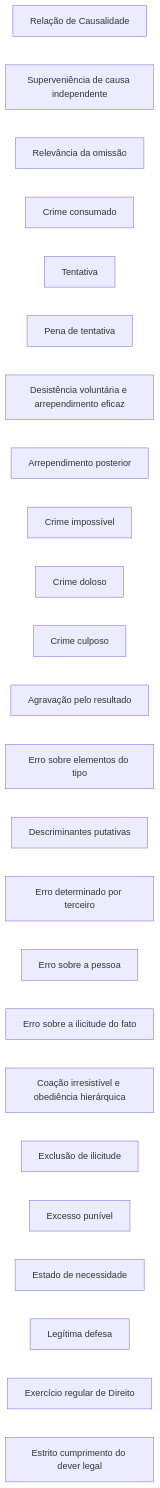
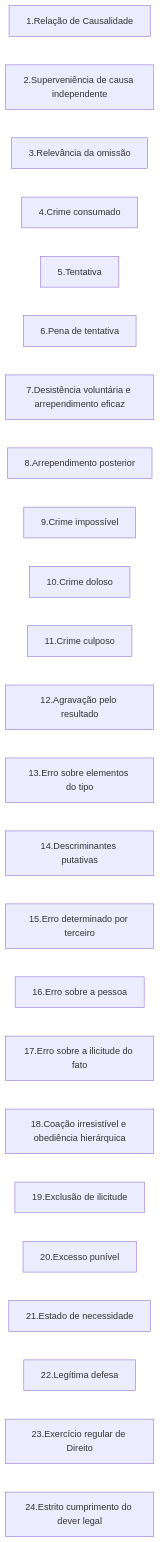
The diagram in P2/teoria-do-delito/visao-geral/vg-2025-01-04-codigo-penal-parte-geral-titulo-ii-da-pena.md (dnlclaudino/bacharelado-em-direito), drawn with Mermaid before and after one commit.

Commit message:
Revisar: numerar os tópicos para facilitar sua assimilação.

````diff
--- a/P2/teoria-do-delito/visao-geral/vg-2025-01-04-codigo-penal-parte-geral-titulo-ii-da-pena.md
+++ b/P2/teoria-do-delito/visao-geral/vg-2025-01-04-codigo-penal-parte-geral-titulo-ii-da-pena.md
@@ -38,28 +38,28 @@
 ```mermaid
 flowchart LR
-T1[Relação de Causalidade]
-T2[Superveniência de causa independente]
-T3[Relevância da omissão]
-T4[Crime consumado]
-T5[Tentativa]
-T6[Pena de tentativa]
-T7[Desistência voluntária e arrependimento eficaz]
-T8[Arrependimento posterior]
-T9[Crime impossível]
-T10[Crime doloso]
-T11[Crime culposo]
-T12[Agravação pelo resultado]
-T13[Erro sobre elementos do tipo]
-T14[Descriminantes putativas]
-T15[Erro determinado por terceiro]  
-T16[Erro sobre a pessoa]
-T17[Erro sobre a ilicitude do fato]
-T18[Coação irresistível e obediência hierárquica]
-T19[Exclusão de ilicitude]
-T20[Excesso punível]
-T21[Estado de necessidade]
-T22[Legítima defesa]
-T23[Exercício regular de Direito]
-T24[Estrito cumprimento do dever legal]
+T1[1.Relação de Causalidade]
+T2[2.Superveniência de causa independente]
+T3[3.Relevância da omissão]
+T4[4.Crime consumado]
+T5[5.Tentativa]
+T6[6.Pena de tentativa]
+T7[7.Desistência voluntária e arrependimento eficaz]
+T8[8.Arrependimento posterior]
+T9[9.Crime impossível]
+T10[10.Crime doloso]
+T11[11.Crime culposo]
+T12[12.Agravação pelo resultado]
+T13[13.Erro sobre elementos do tipo]
+T14[14.Descriminantes putativas]
+T15[15.Erro determinado por terceiro]  
+T16[16.Erro sobre a pessoa]
+T17[17.Erro sobre a ilicitude do fato]
+T18[18.Coação irresistível e obediência hierárquica]
+T19[19.Exclusão de ilicitude]
+T20[20.Excesso punível]
+T21[21.Estado de necessidade]
+T22[22.Legítima defesa]
+T23[23.Exercício regular de Direito]
+T24[24.Estrito cumprimento do dever legal]
 
 ```
````
